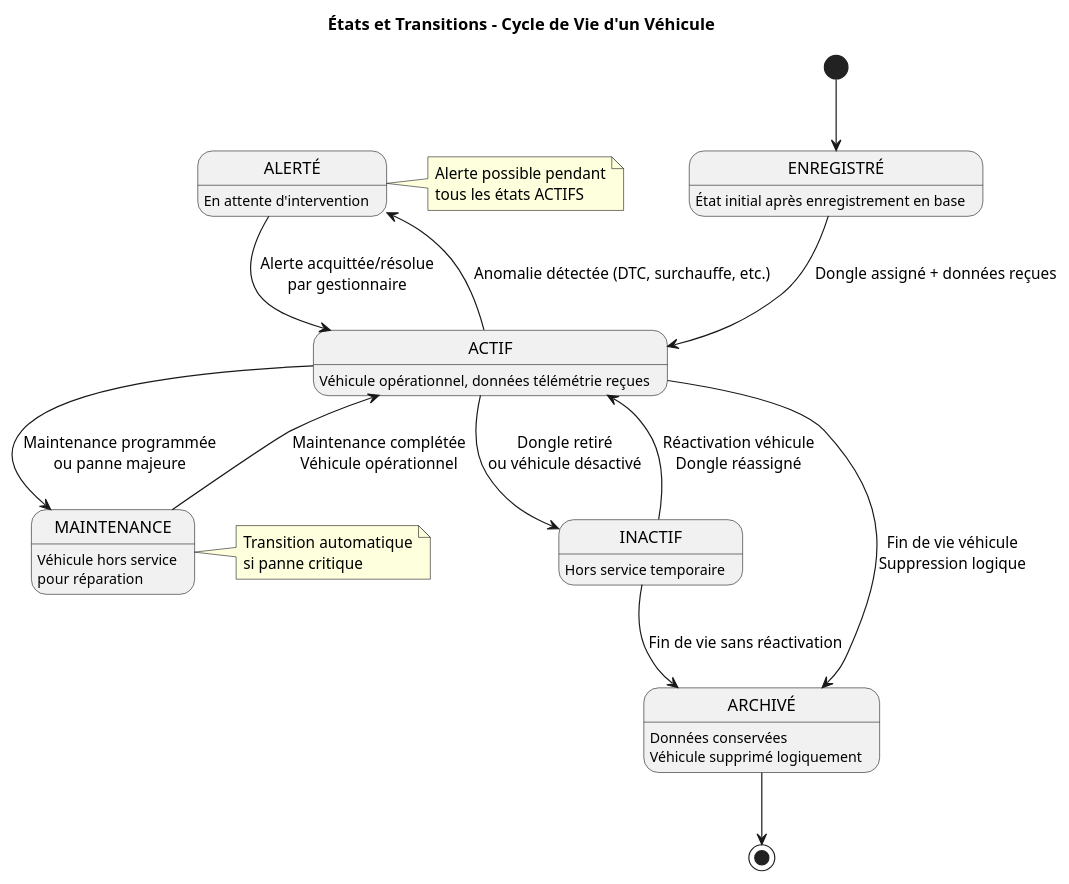
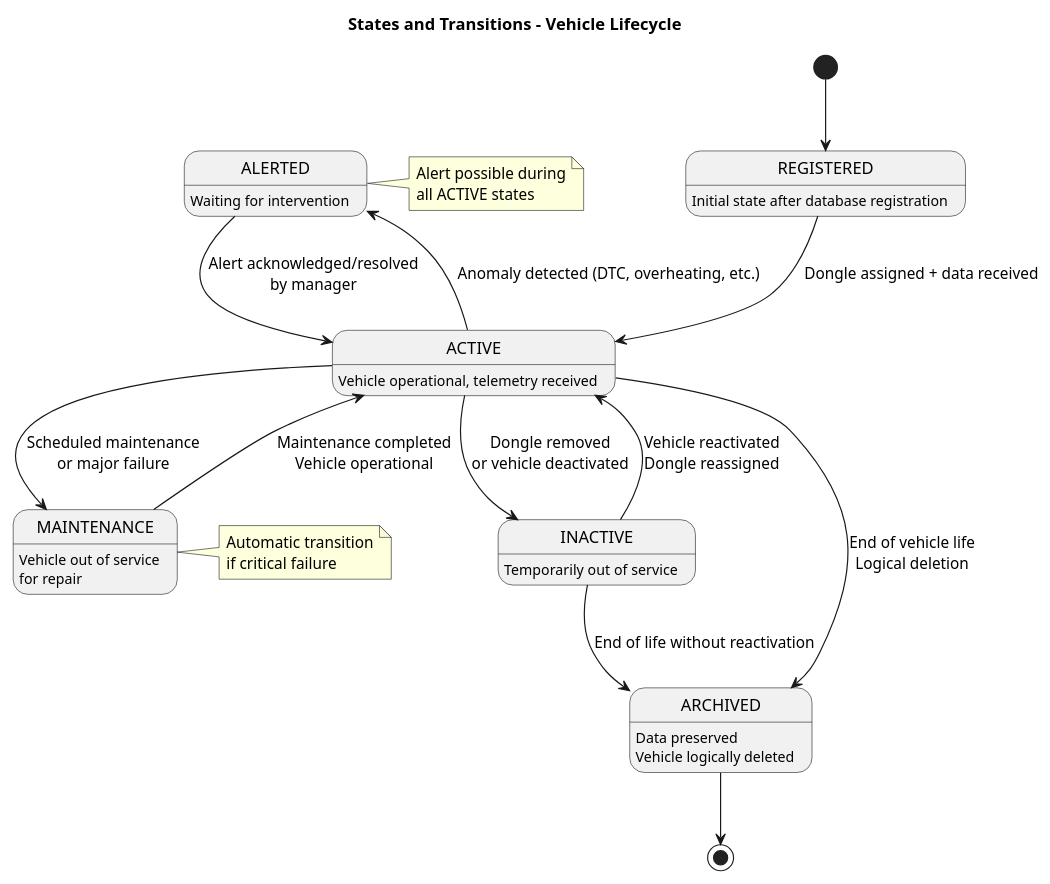
One commit to imenmallouli/deploy changed the fifth of 7 diagrams in docs/design_auto_diagnostic_platform.md. Above: the diagram before and after it, drawn with PlantUML. The commit also changed other lines of this file and 2 other files, not shown here.

````diff
--- a/docs/design_auto_diagnostic_platform.md
+++ b/docs/design_auto_diagnostic_platform.md
@@ -1753,48 +1753,48 @@
 ```plantuml
 @startuml State_Vehicle_Lifecycle
-title États et Transitions - Cycle de Vie d'un Véhicule
+title States and Transitions - Vehicle Lifecycle
 
-[*] --> ENREGISTRÉ
+[*] --> REGISTERED
 
-ENREGISTRÉ : État initial après enregistrement en base
+REGISTERED : Initial state after database registration
 
-ENREGISTRÉ --> ACTIF : Dongle assigné + données reçues
+REGISTERED --> ACTIVE : Dongle assigned + data received
 
-ACTIF : Véhicule opérationnel, données télémétrie reçues
+ACTIVE : Vehicle operational, telemetry received
 
-ACTIF --> ALERTÉ : Anomalie détectée (DTC, surchauffe, etc.)
+ACTIVE --> ALERTED : Anomaly detected (DTC, overheating, etc.)
 
-ALERTÉ : En attente d'intervention
+ALERTED : Waiting for intervention
 
-ALERTÉ --> ACTIF : Alerte acquittée/résolue\npar gestionnaire
+ALERTED --> ACTIVE : Alert acknowledged/resolved\nby manager
 
-ACTIF --> MAINTENANCE : Maintenance programmée\nou panne majeure
+ACTIVE --> MAINTENANCE : Scheduled maintenance\nor major failure
 
-MAINTENANCE : Véhicule hors service\npour réparation
+MAINTENANCE : Vehicle out of service\nfor repair
 
-MAINTENANCE --> ACTIF : Maintenance complétée\nVéhicule opérationnel
+MAINTENANCE --> ACTIVE : Maintenance completed\nVehicle operational
 
-ACTIF --> INACTIF : Dongle retiré\nou véhicule désactivé
+ACTIVE --> INACTIVE : Dongle removed\nor vehicle deactivated
 
-INACTIF : Hors service temporaire
+INACTIVE : Temporarily out of service
 
-INACTIF --> ACTIF : Réactivation véhicule\nDongle réassigné
+INACTIVE --> ACTIVE : Vehicle reactivated\nDongle reassigned
 
-ACTIF --> ARCHIVÉ : Fin de vie véhicule\nSuppression logique
+ACTIVE --> ARCHIVED : End of vehicle life\nLogical deletion
 
-INACTIF --> ARCHIVÉ : Fin de vie sans réactivation
+INACTIVE --> ARCHIVED : End of life without reactivation
 
-ARCHIVÉ : Données conservées\nVéhicule supprimé logiquement
+ARCHIVED : Data preserved\nVehicle logically deleted
 
-ARCHIVÉ --> [*]
+ARCHIVED --> [*]
 
-note right of ALERTÉ
-  Alerte possible pendant
-  tous les états ACTIFS
+note right of ALERTED
+  Alert possible during
+  all ACTIVE states
 end note
 
 note right of MAINTENANCE
-  Transition automatique
-  si panne critique
+  Automatic transition
+  if critical failure
 end note
 ```
````
